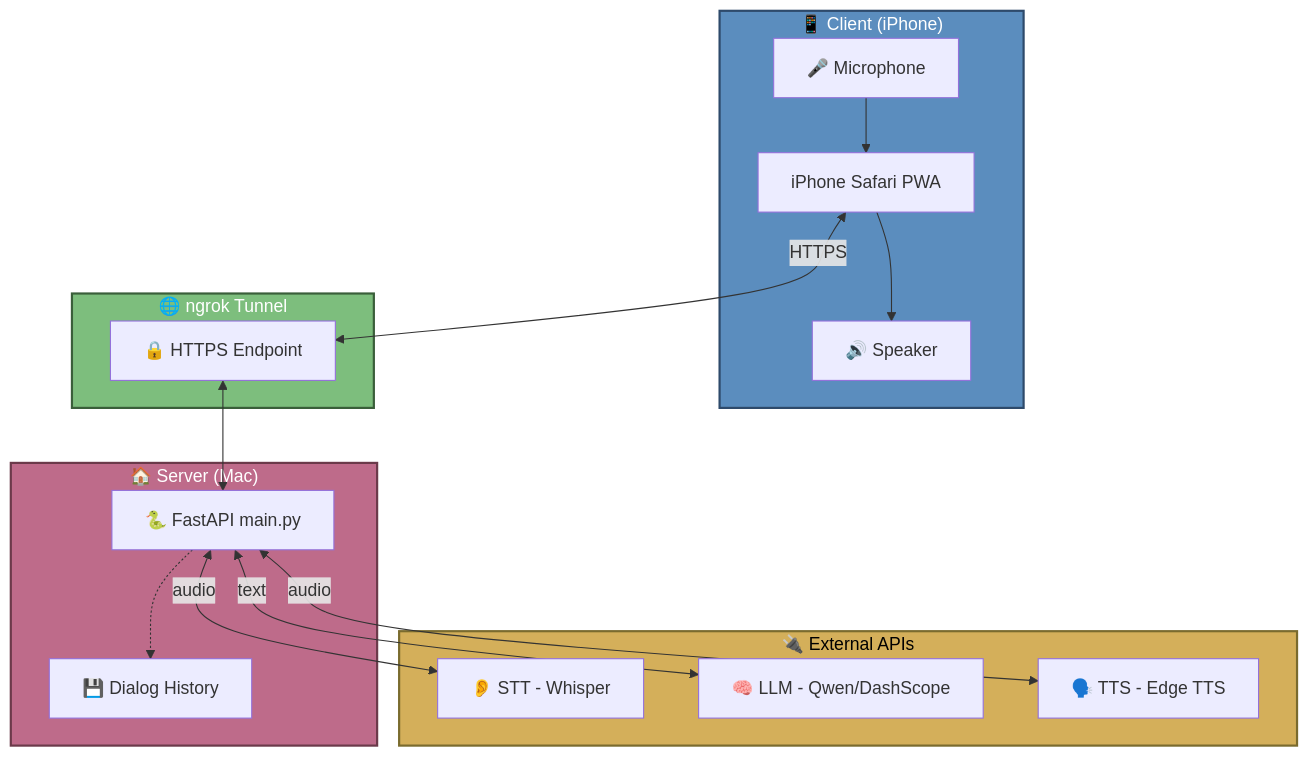
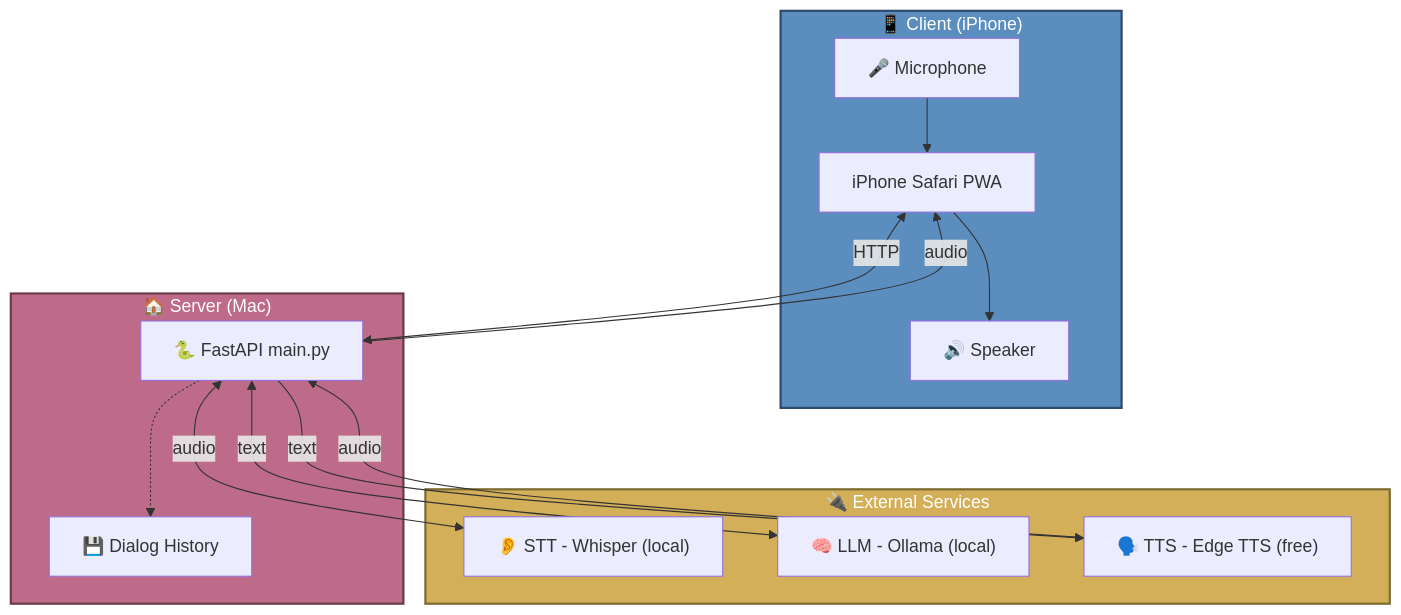
Before and after one commit to globanov/parkpartner: the diagram in docs/architecture.md, drawn with Mermaid. The commit also changed other lines of this file and 23 other files, not shown here.

````diff
--- a/docs/architecture.md
+++ b/docs/architecture.md
@@ -3,37 +9,33 @@
 ```mermaid
-flowchart
+flowchart TD
     subgraph Client["📱 Client (iPhone)"]
-        Mic[🎤 Microphone]
-        Browser[iPhone Safari PWA]
-        Speaker[🔊 Speaker]
-    end
-
-    subgraph Tunnel["🌐 ngrok Tunnel"]
-        HTTPS[🔒 HTTPS Endpoint]
+        Mic["🎤 Microphone"]
+        Browser["iPhone Safari PWA"]
+        Speaker["🔊 Speaker"]
     end
 
     subgraph Server["🏠 Server (Mac)"]
-        API[🐍 FastAPI main.py]
-        History[💾 Dialog History]
+        API["🐍 FastAPI main.py"]
+        History["💾 Dialog History"]
     end
 
-    subgraph External["🔌 External APIs"]
-        Whisper[👂 STT - Whisper]
-        LLM[🧠 LLM - Qwen/DashScope]
-        TTS[🗣️ TTS - Edge TTS]
+    subgraph External["🔌 External Services"]
+        Whisper["👂 STT - Whisper (local)"]
+        LLM["🧠 LLM - Ollama (local)"]
+        TTS["🗣️ TTS - Edge TTS (free)"]
     end
 
     Mic --> Browser
-    Browser <-->|HTTPS| HTTPS
-    HTTPS <--> API
+    Browser <-->|HTTP| API
     API -.-> History
     API <-->|audio| Whisper
     API <-->|text| LLM
-    API <-->|audio| TTS
+    API -->|text| TTS
+    TTS -->|audio| API
+    API -->|audio| Browser
     Browser --> Speaker
 
     style Client fill:#5B8DBE,stroke:#2E4A6B,stroke-width:2px,color:#FFFFFF
-    style Tunnel fill:#7DBE7D,stroke:#3A5F3A,stroke-width:2px,color:#FFFFFF
     style Server fill:#BE6B8A,stroke:#6B3A4A,stroke-width:2px,color:#FFFFFF
-    style External fill:#D4AF5A,stroke:#7A6B2E,stroke-width:2px,color:#000000
+    style External fill:#D4AF5A,stroke:#7A6B2E,stroke-width:2px,color:#FFFFFF
 ```
````
